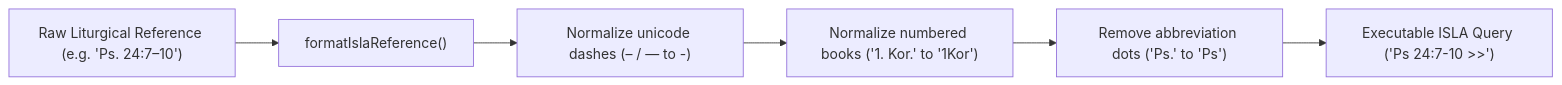
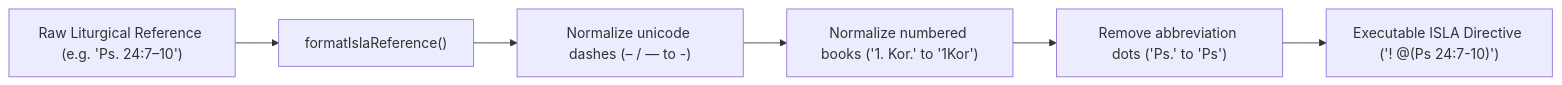
One commit to mvirtai/clible-v3-go changed the second of 2 diagrams in pr_stories/095-feat-liturgical-isla-notebook-export.md. Above: the diagram before and after it, drawn with Mermaid. The commit also changed other lines of this file and 2 other files, not shown here.

````diff
--- a/pr_stories/095-feat-liturgical-isla-notebook-export.md
+++ b/pr_stories/095-feat-liturgical-isla-notebook-export.md
@@ -44,8 +50,8 @@
 ```mermaid
 graph LR
     A["Raw Liturgical Reference (e.g. 'Ps. 24:7–10')"] --> B["formatIslaReference()"]
     B --> C["Normalize unicode dashes (– / — to -)"]
     C --> D["Normalize numbered books ('1. Kor.' to '1Kor')"]
     D --> E["Remove abbreviation dots ('Ps.' to 'Ps')"]
-    E --> F["Executable ISLA Query ('Ps 24:7-10 >>')"]
+    E --> F["Executable ISLA Directive ('! @(Ps 24:7-10)')"]
 ```
````
